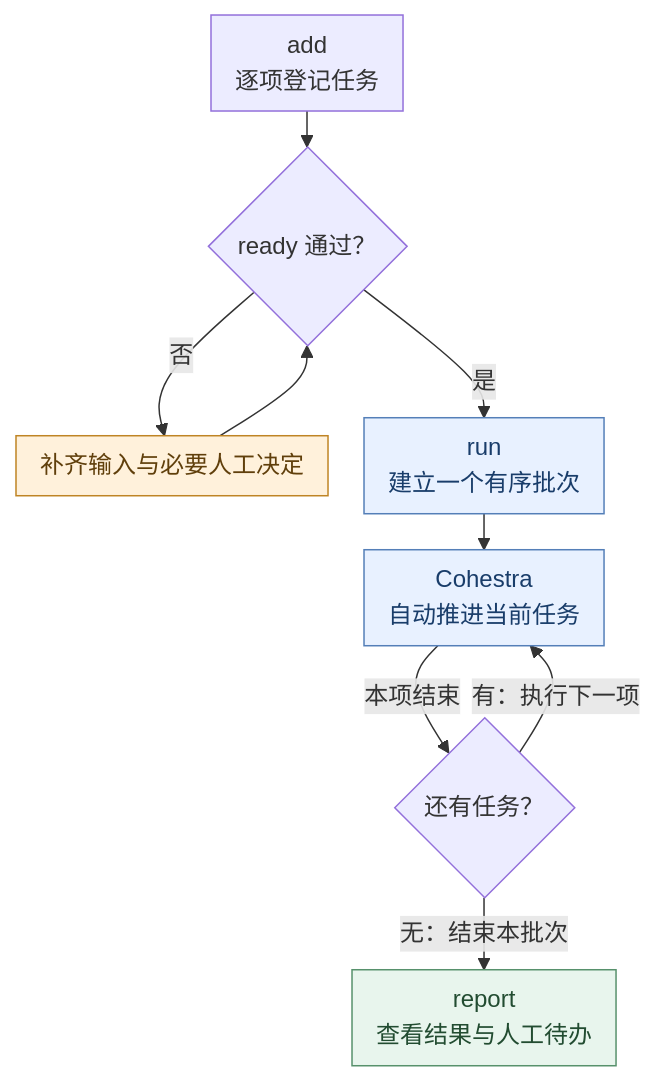
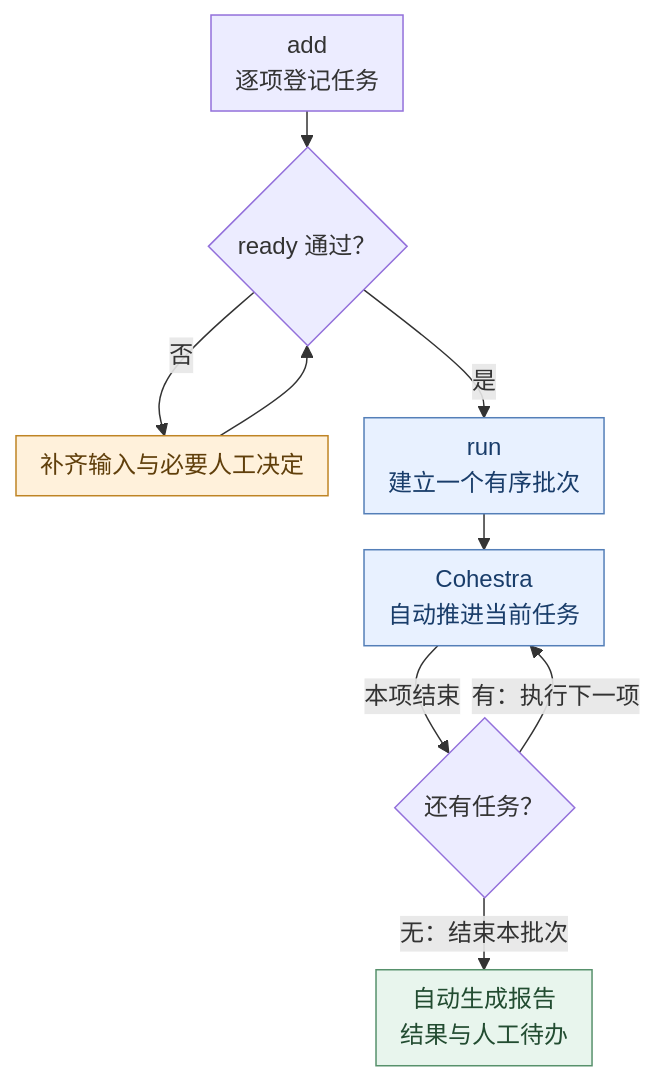
Before and after one commit to yuzio-ai/skills: the second of 4 diagrams in README.zh-CN.md, drawn with Mermaid. The commit also changed other lines of this file and 22 other files, not shown here.

````diff
--- a/README.zh-CN.md
+++ b/README.zh-CN.md
@@ -180,24 +184,24 @@
 ```mermaid
 ---
 config:
   flowchart:
     rankSpacing: 24
     nodeSpacing: 24
     padding: 8
 ---
 flowchart TB
     A["add<br/>逐项登记任务"] --> G{"ready 通过？"}
     G -->|"否"| H["补齐输入与必要人工决定"]
     H --> G
     G -->|"是"| R["run<br/>建立一个有序批次"]
     R --> E["Cohestra<br/>自动推进当前任务"]
     E -->|"本项结束"| M{"还有任务？"}
     M -->|"有：执行下一项"| E
-    M -->|"无：结束本批次"| O["report<br/>查看结果与人工待办"]
+    M -->|"无：结束本批次"| O["自动生成报告<br/>结果与人工待办"]
     class H human
     class R,E automatic
     class O result
     classDef human fill:#fff1db,stroke:#bf8424,color:#603f0b
     classDef automatic fill:#e8f1ff,stroke:#547fb8,color:#193d6a
     classDef result fill:#e8f5ed,stroke:#57916c,color:#224c31
 ```
````
